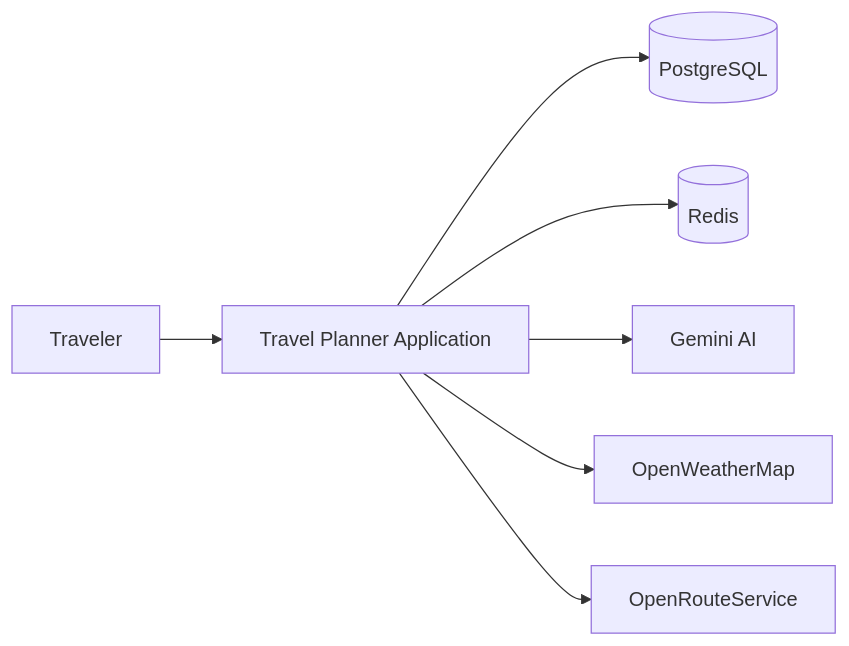
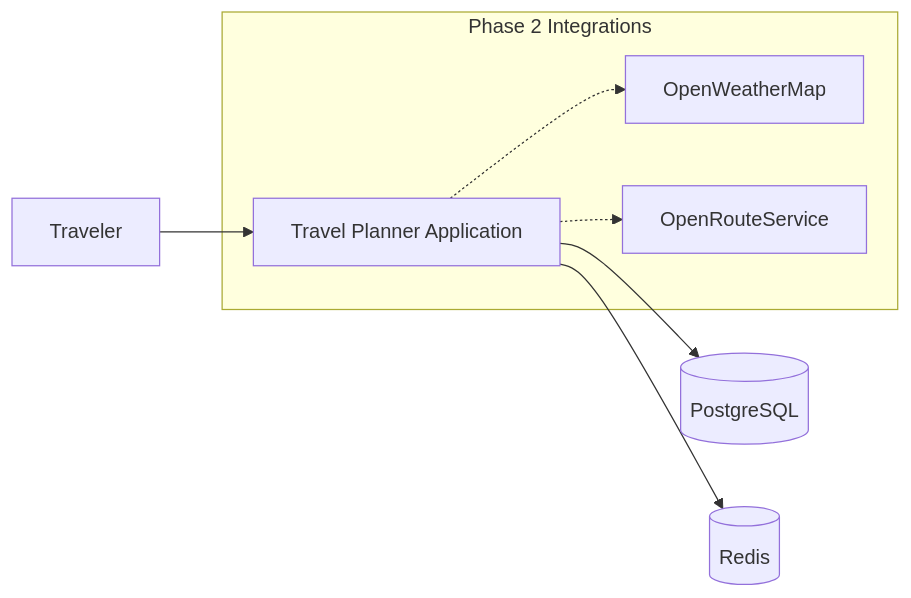
The first of 3 diagrams in docs/c4-model.md (gnuttt212/travel-planner), drawn with Mermaid before and after one commit. The commit also changed other lines of this file and 2 other files, not shown here.

Commit message:
docs: update architecture documents for Phase 1 MVP

````diff
--- a/docs/c4-model.md
+++ b/docs/c4-model.md
@@ -9,9 +9,11 @@
 ```mermaid
 flowchart LR
     Traveler[Traveler] --> TravelPlanner[Travel Planner Application]
     TravelPlanner --> PostgreSQL[(PostgreSQL)]
     TravelPlanner --> Redis[(Redis)]
-    TravelPlanner --> Gemini[Gemini AI]
-    TravelPlanner --> Weather[OpenWeatherMap]
-    TravelPlanner --> ORS[OpenRouteService]
+    
+    subgraph Phase 2 Integrations
+        TravelPlanner -.-> Weather[OpenWeatherMap]
+        TravelPlanner -.-> ORS[OpenRouteService]
+    end
 ```
````
